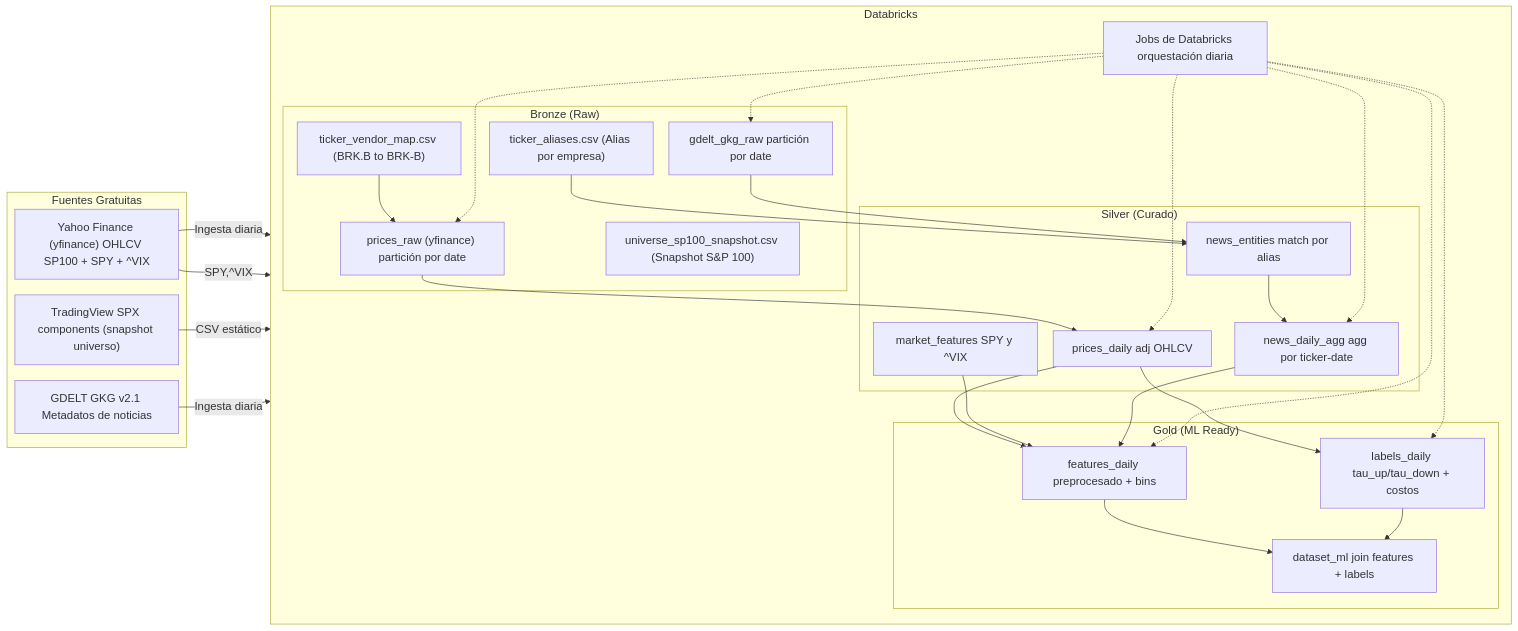
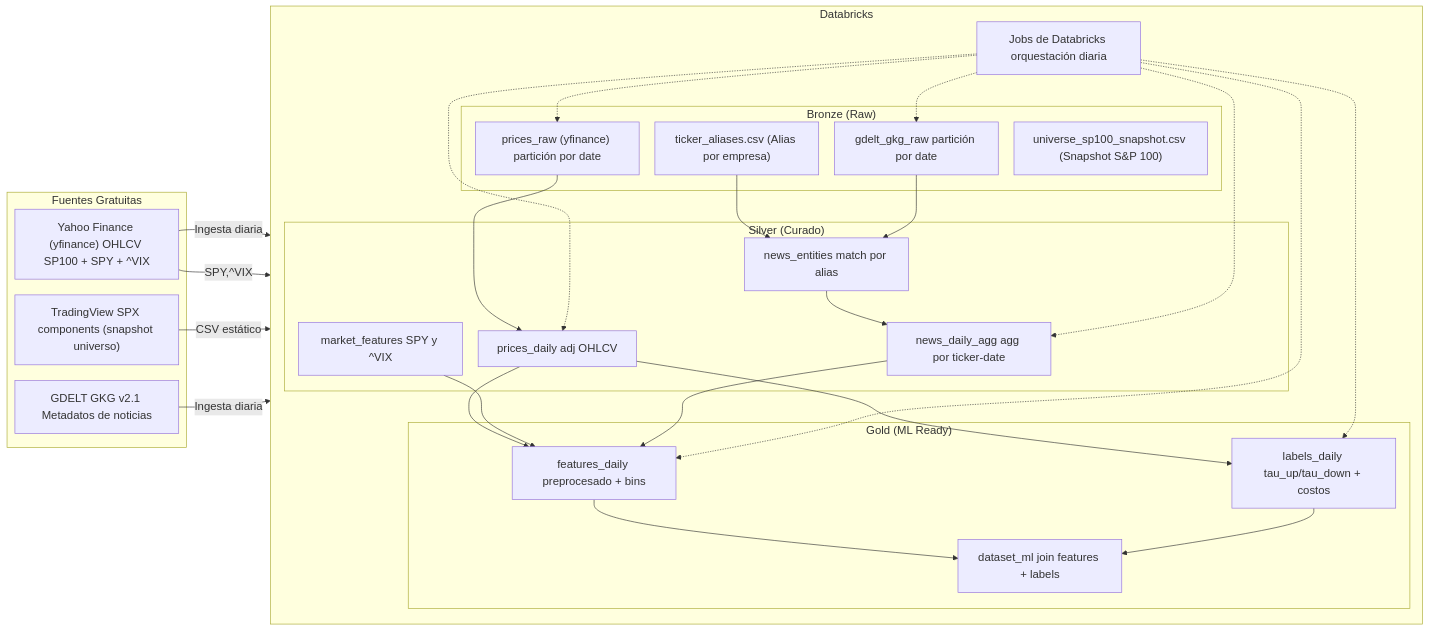
The diagram in docs/docs_diagrams_arquitectura_mvp2.mmd (PabloPaezSheridan/TFM), drawn with Mermaid before and after one commit.

Commit message:
architecture diagram without ticker_vendor_map
remove optional schema to simplify

```diff
--- a/docs/docs_diagrams_arquitectura_mvp2.mmd
+++ b/docs/docs_diagrams_arquitectura_mvp2.mmd
@@ -1,59 +1,58 @@
 %%{init: {'theme': 'default', 'themeVariables': { 'fontSize': '18px' }, 'flowchart': { 'nodeSpacing': 25, 'rankSpacing': 25 }}}%%
 flowchart LR
   %% Arquitectura MVP: Medallion + fuentes gratuitas (sin checks de calidad)
+  %% Nota: se removió el nodo de vendor map (ticker_vendor_map.csv)
 
   subgraph Sources["Fuentes Gratuitas"]
     YF["Yahoo Finance (yfinance) OHLCV SP100 + SPY + ^VIX"]
     TV["TradingView SPX components (snapshot universo)"]
     GDELT["GDELT GKG v2.1 Metadatos de noticias"]
   end
 
   subgraph Databricks["Databricks"]
     direction TB
 
     subgraph Bronze["Bronze (Raw)"]
       U["universe_sp100_snapshot.csv (Snapshot S&amp;P 100)"]
-      M["ticker_vendor_map.csv (BRK.B to BRK-B)"]
       A["ticker_aliases.csv (Alias por empresa)"]
       P["prices_raw (yfinance) partición por date"]
       N["gdelt_gkg_raw partición por date"]
     end
 
     subgraph Silver["Silver (Curado)"]
       PD["prices_daily adj OHLCV"]
       MF["market_features SPY y ^VIX"]
       NE["news_entities match por alias"]
       NA["news_daily_agg agg por ticker-date"]
     end
 
     subgraph Gold["Gold (ML Ready)"]
       FE["features_daily preprocesado + bins"]
       LB["labels_daily tau_up/tau_down + costos"]
       DS["dataset_ml join features + labels"]
     end
 
     O["Jobs de Databricks orquestación diaria"]
   end
 
   %% Flujo de datos
   YF -->|Ingesta diaria| P
   YF -->|SPY,^VIX| MF
   TV -->|CSV estático| U
   GDELT -->|Ingesta diaria| N
-  M --> P
   A --> NE
 
   P --> PD
   PD --> FE
   MF --> FE
   N --> NE --> NA --> FE
   FE --> DS
   PD --> LB --> DS
 
   %% Orquestación
   O -.-> P
   O -.-> N
   O -.-> PD
   O -.-> NA
   O -.-> FE
   O -.-> LB
```
